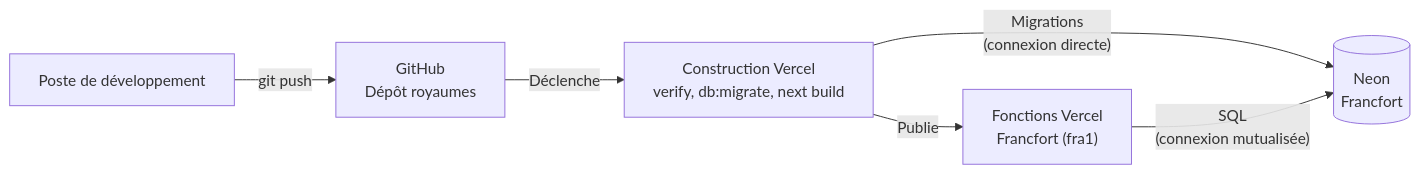
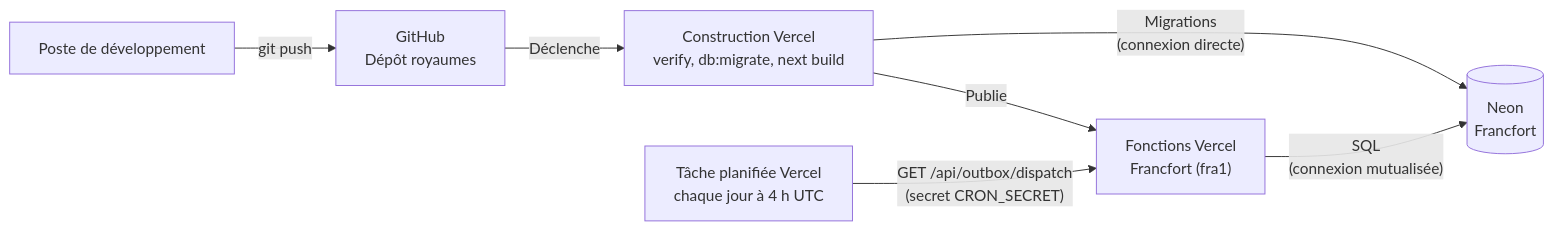
One commit to Swixos/royaumes changed the fourth of 4 diagrams in docs/architecture.md. Above: the diagram before and after it, drawn with Mermaid. The commit also changed other lines of this file and 1 other file, not shown here.

````diff
--- a/docs/architecture.md
+++ b/docs/architecture.md
@@ -120,8 +131,9 @@
 ```mermaid
 flowchart LR
   poste["Poste de développement"] -->|"git push"| github["GitHub<br/>Dépôt royaumes"]
   github -->|"Déclenche"| build["Construction Vercel<br/>verify, db:migrate, next build"]
   build -->|"Migrations<br/>(connexion directe)"| neon[("Neon<br/>Francfort")]
   build -->|"Publie"| fonctions["Fonctions Vercel<br/>Francfort (fra1)"]
   fonctions -->|"SQL<br/>(connexion mutualisée)"| neon
+  cron["Tâche planifiée Vercel<br/>chaque jour à 4 h UTC"] -->|"GET /api/outbox/dispatch<br/>(secret CRON_SECRET)"| fonctions
 ```
````
